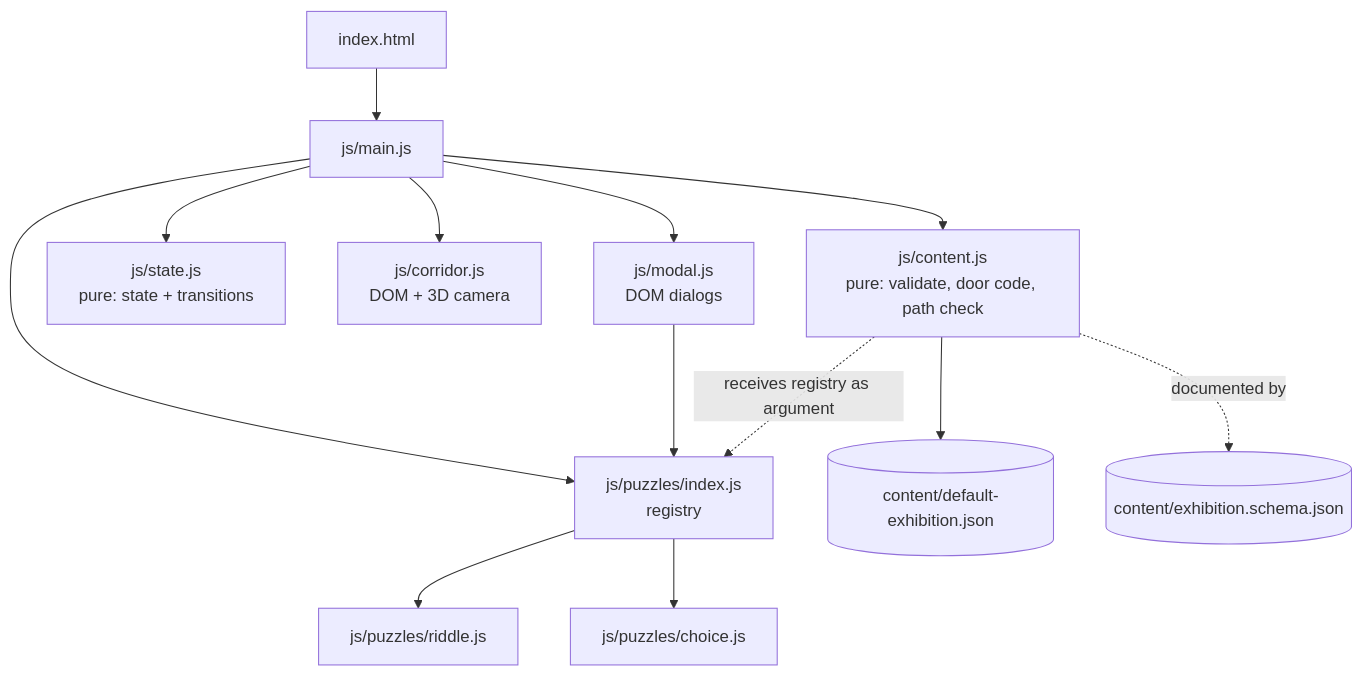
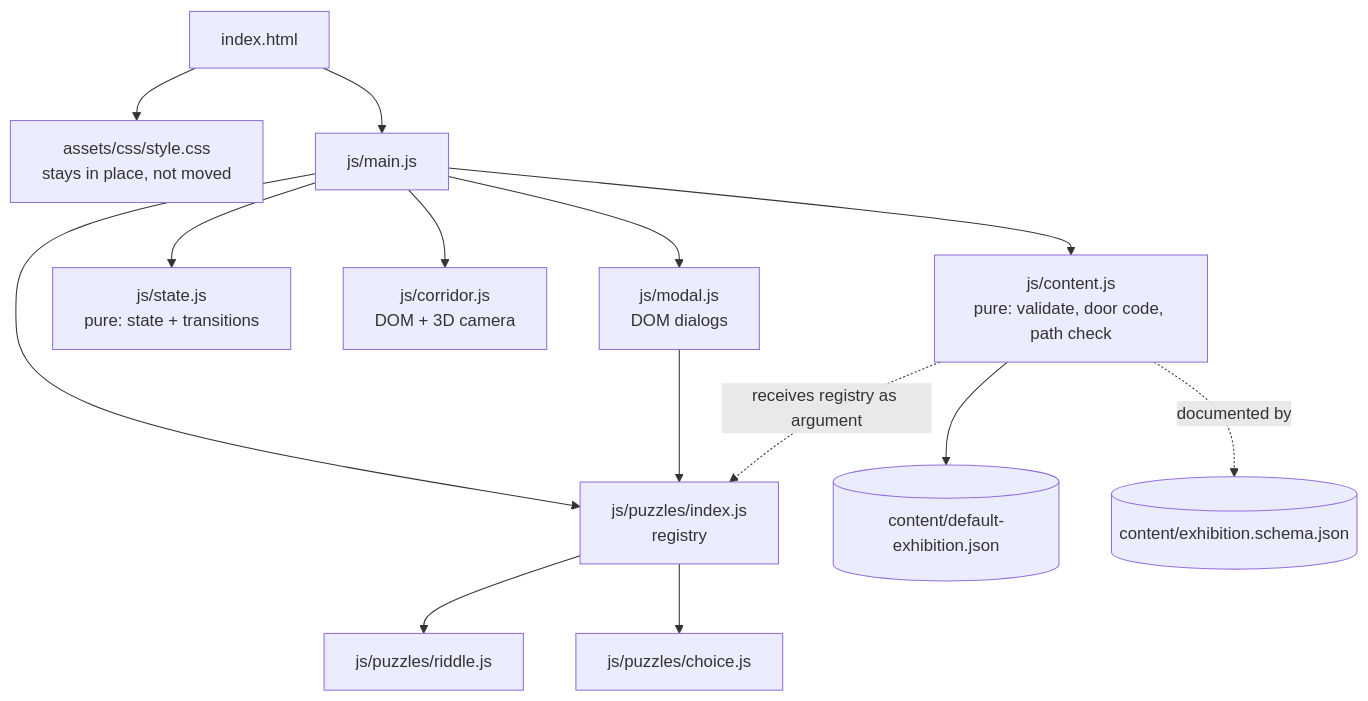
Before and after one commit to alissatroiano/Hexhibit: the first of 3 diagrams in .kiro/specs/mvp-playable-loop/design.md, drawn with Mermaid. The commit also changed other lines of this file and 4 other files, not shown here.

````diff
--- a/.kiro/specs/mvp-playable-loop/design.md
+++ b/.kiro/specs/mvp-playable-loop/design.md
@@ -35,15 +35,16 @@
 ```mermaid
 graph TD
-  HTML[index.html] --> MAIN[js/main.js]
+  HTML[index.html] --> CSS[assets/css/style.css<br/>stays in place, not moved]
+  HTML --> MAIN[js/main.js]
   MAIN --> CONTENT[js/content.js<br/>pure: validate, door code, path check]
   MAIN --> STATE[js/state.js<br/>pure: state + transitions]
   MAIN --> CORR[js/corridor.js<br/>DOM + 3D camera]
   MAIN --> MODAL[js/modal.js<br/>DOM dialogs]
   MAIN --> REG[js/puzzles/index.js<br/>registry]
   REG --> RID[js/puzzles/riddle.js]
   REG --> CHO[js/puzzles/choice.js]
   MODAL --> REG
   CONTENT -. receives registry as argument .-> REG
   CONTENT --> JSON[(content/default-exhibition.json)]
   CONTENT -.documented by.-> SCHEMA[(content/exhibition.schema.json)]
 ```
````
